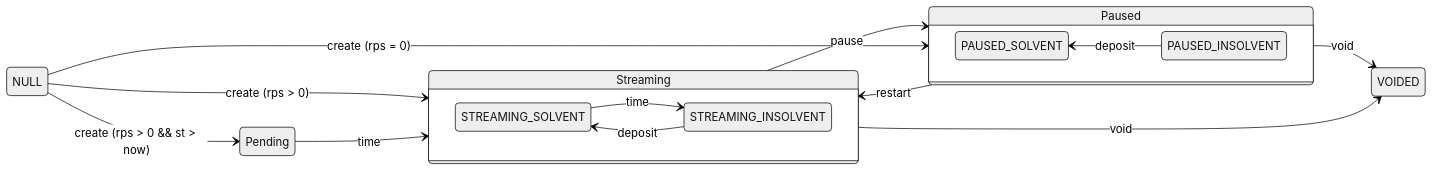
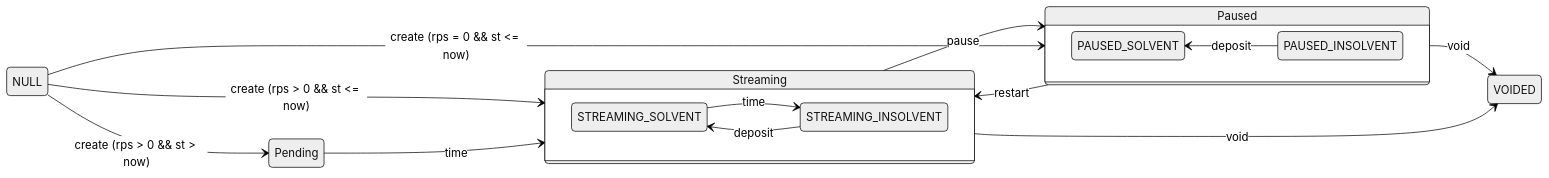
One commit to sablier-labs/flow changed the first of 8 diagrams in DIAGRAMS.md. Above: the diagram before and after it, drawn with Mermaid (neutral theme). The commit also changed 11 other files, not shown here.

````diff
--- a/DIAGRAMS.md
+++ b/DIAGRAMS.md
@@ -25,46 +25,46 @@
 ```mermaid
 stateDiagram-v2
     direction LR
 
     state Streaming {
         direction LR
         STREAMING_SOLVENT
         STREAMING_INSOLVENT --> STREAMING_SOLVENT : deposit
         STREAMING_SOLVENT --> STREAMING_INSOLVENT : time
     }
 
     state Paused {
         direction RL
         PAUSED_SOLVENT
         PAUSED_INSOLVENT --> PAUSED_SOLVENT : deposit
         PAUSED_INSOLVENT
     }
 
     Streaming --> Paused : pause
     Paused --> Streaming : restart
     Paused --> VOIDED : void
     Streaming --> VOIDED : void
 
-    NULL --> Streaming : create (rps > 0)
+    NULL --> Streaming : create (rps > 0 && st <= now)
     NULL --> Pending : create (rps > 0 && st > now)
+    NULL --> Paused : create (rps = 0 && st <= now)
     Pending --> Streaming : time
-    NULL --> Paused : create (rps = 0)
 
 
 
     Pending:::grey
     Paused:::lightYellow
     PAUSED_INSOLVENT:::intenseYellow
     PAUSED_SOLVENT:::intenseYellow
     Streaming:::lightGreen
     STREAMING_INSOLVENT:::intenseGreen
     STREAMING_SOLVENT:::intenseGreen
     VOIDED:::red
 
     classDef grey fill:#b0b0b0,stroke:#333,stroke-width:2px,color:#000,font-weight:bold;
     classDef intenseGreen fill:#32cd32,stroke:#333,stroke-width:2px,color:#000,font-weight:bold;
     classDef intenseYellow fill:#ffd700,color:#000,font-weight:bold;
     classDef lightGreen fill:#98FB98,color:#000,font-weight:bold;
     classDef lightYellow fill:#ffff99,color:#000,font-weight:bold;
     classDef red fill:#ff4e4e,stroke:#333,stroke-width:2px;
 ```
````
